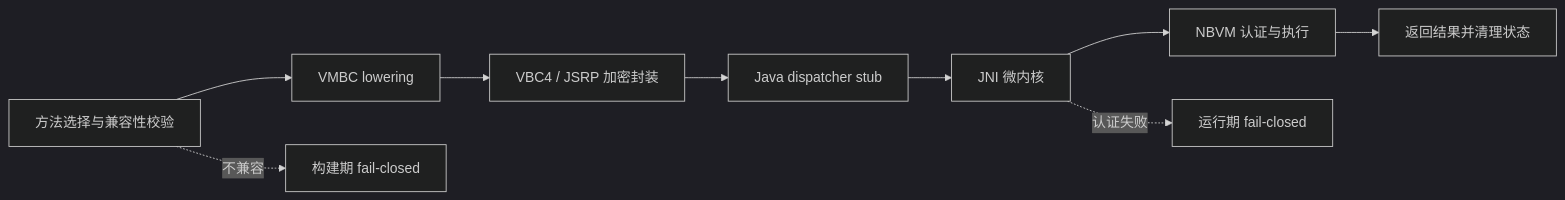
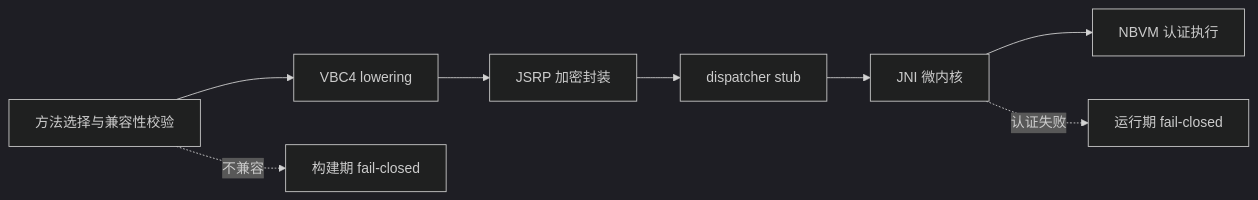
Before and after one commit to HHT0rro/JavaShroud: the diagram in README.md, drawn with Mermaid (dark theme). The commit also changed other lines of this file and 6 other files, not shown here.

````diff
--- a/README.md
+++ b/README.md
@@ -47,11 +56,10 @@
 ```mermaid
 flowchart LR
-  A["方法选择与兼容性校验"] --> B["VMBC lowering"]
-  B --> C["VBC4 / JSRP 加密封装"]
-  C --> D["Java dispatcher stub"]
+  A["方法选择与兼容性校验"] --> B["VBC4 lowering"]
+  B --> C["JSRP 加密封装"]
+  C --> D["dispatcher stub"]
   D --> E["JNI 微内核"]
-  E --> F["NBVM 认证与执行"]
-  F --> G["返回结果并清理状态"]
+  E --> F["NBVM 认证执行"]
   A -.不兼容.-> X["构建期 fail-closed"]
   E -.认证失败.-> Y["运行期 fail-closed"]
 ```
````
